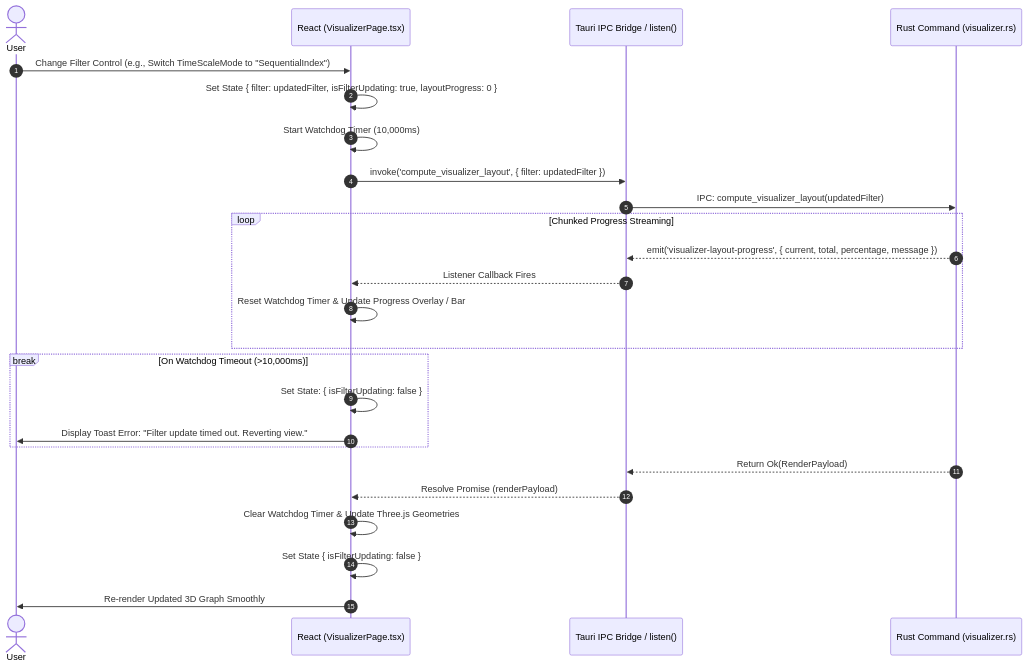
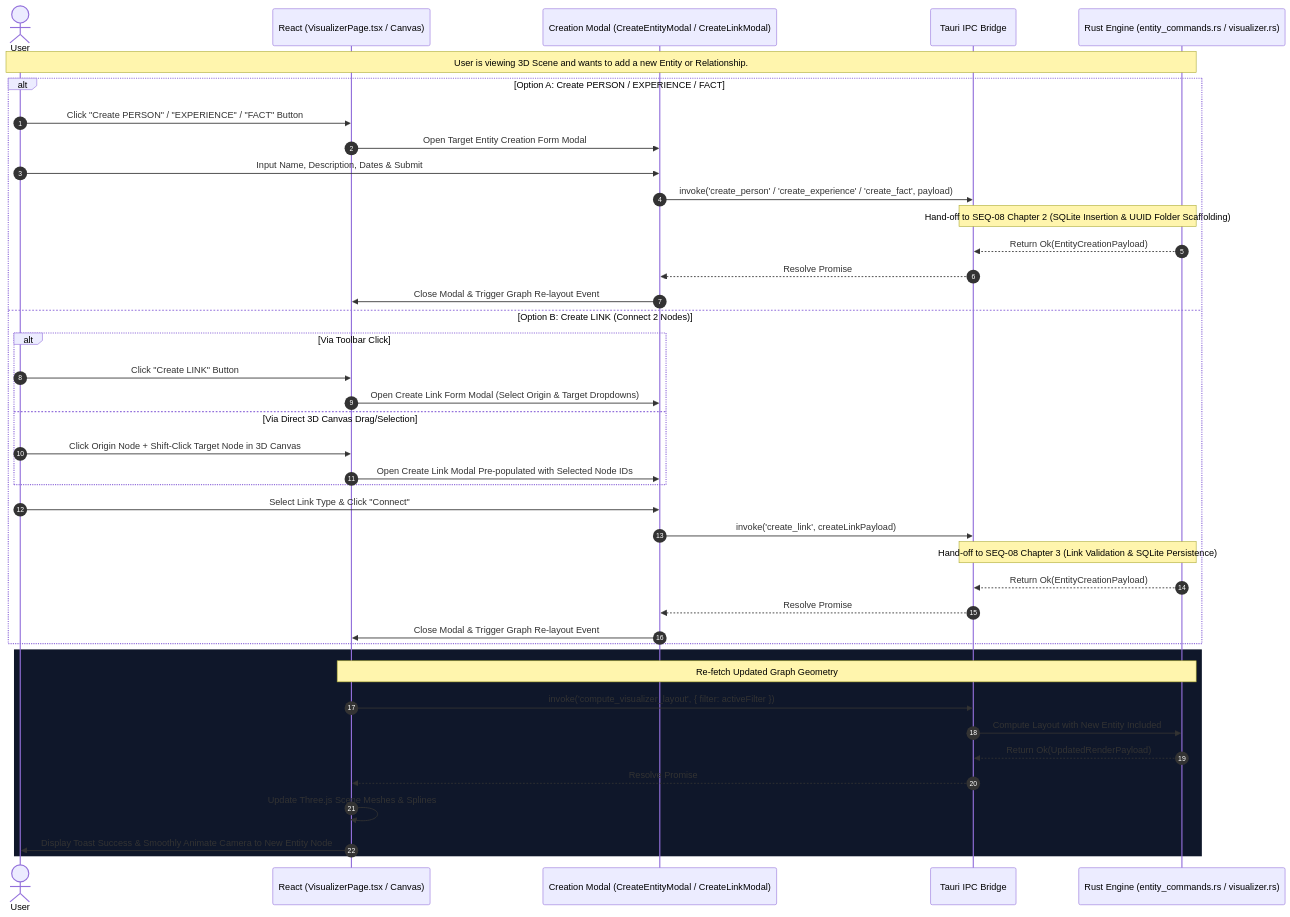
Before and after one commit to HibiyaHaraki/hasm: the second of 3 diagrams in docs/arch/12-SEQ-03_Visualizer.md, drawn with Mermaid. The commit also changed other lines of this file and 6 other files, not shown here.

````diff
--- a/docs/arch/12-SEQ-03_Visualizer.md
+++ b/docs/arch/12-SEQ-03_Visualizer.md
@@ -201,34 +74,51 @@
 ```mermaid
 sequenceDiagram
     autonumber
     actor User as User
-    participant React as React (VisualizerPage.tsx)
-    participant Bridge as Tauri IPC Bridge / listen()
-    participant Rust as Rust Command (visualizer.rs)
+    participant React as React (VisualizerPage.tsx / Canvas)
+    participant Modal as Creation Modal (CreateEntityModal / CreateLinkModal)
+    participant Bridge as Tauri IPC Bridge
+    participant Rust as Rust Engine (entity_commands.rs / visualizer.rs)
 
-    User->>React: Change Filter Control (e.g., Switch TimeScaleMode to "SequentialIndex")
-    React->>React: Set State { filter: updatedFilter, isFilterUpdating: true, layoutProgress: 0 }
-    React->>React: Start Watchdog Timer (10,000ms)
-    
-    React->>Bridge: invoke('compute_visualizer_layout', { filter: updatedFilter })
-    Bridge->>Rust: IPC: compute_visualizer_layout(updatedFilter)
+    Note over User,Rust: User is viewing 3D Scene and wants to add a new Entity or Relationship.
 
-    loop Chunked Progress Streaming
-        Rust-->>Bridge: emit('visualizer-layout-progress', { current, total, percentage, message })
-        Bridge-->>React: Listener Callback Fires
-        React->>React: Reset Watchdog Timer & Update Progress Overlay / Bar
-    end
-    
-    break On Watchdog Timeout (>10,000ms)
-        React->>React: Set State: { isFilterUpdating: false }
-        React->>User: Display Toast Error: "Filter update timed out. Reverting view."
+    alt Option A: Create PERSON / EXPERIENCE / FACT
+        User->>React: Click "Create PERSON" / "EXPERIENCE" / "FACT" Button
+        React->>Modal: Open Target Entity Creation Form Modal
+        User->>Modal: Input Name, Description, Dates & Submit
+        
+        Modal->>Bridge: invoke('create_person' / 'create_experience' / 'create_fact', payload)
+        Note over Bridge,Rust: Hand-off to SEQ-08 Chapter 2 (SQLite Insertion & UUID Folder Scaffolding)
+        Rust-->>Bridge: Return Ok(EntityCreationPayload)
+        Bridge-->>Modal: Resolve Promise
+        Modal->>React: Close Modal & Trigger Graph Re-layout Event
+
+    else Option B: Create LINK (Connect 2 Nodes)
+        alt Via Toolbar Click
+            User->>React: Click "Create LINK" Button
+            React->>Modal: Open Create Link Form Modal (Select Origin & Target Dropdowns)
+        else Via Direct 3D Canvas Drag/Selection
+            User->>React: Click Origin Node + Shift-Click Target Node in 3D Canvas
+            React->>Modal: Open Create Link Modal Pre-populated with Selected Node IDs
+        end
+
+        User->>Modal: Select Link Type & Click "Connect"
+        Modal->>Bridge: invoke('create_link', createLinkPayload)
+        Note over Bridge,Rust: Hand-off to SEQ-08 Chapter 3 (Link Validation & SQLite Persistence)
+        Rust-->>Bridge: Return Ok(EntityCreationPayload)
+        Bridge-->>Modal: Resolve Promise
+        Modal->>React: Close Modal & Trigger Graph Re-layout Event
     end
 
-    Rust-->>Bridge: Return Ok(RenderPayload)
-    Bridge-->>React: Resolve Promise (renderPayload)
-    
-    React->>React: Clear Watchdog Timer & Update Three.js Geometries
-    React->>React: Set State { isFilterUpdating: false }
-    React->>User: Re-render Updated 3D Graph Smoothly
+    %% Automatic 3D Re-layout Execution
+    rect rgb(15, 23, 42)
+        Note over React,Rust: Re-fetch Updated Graph Geometry
+        React->>Bridge: invoke('compute_visualizer_layout', { filter: activeFilter })
+        Bridge->>Rust: Compute Layout with New Entity Included
+        Rust-->>Bridge: Return Ok(UpdatedRenderPayload)
+        Bridge-->>React: Resolve Promise
+        React->>React: Update Three.js Scene Meshes & Splines
+        React->>User: Display Toast Success & Smoothly Animate Camera to New Entity Node
+    end
 
 ```
````
